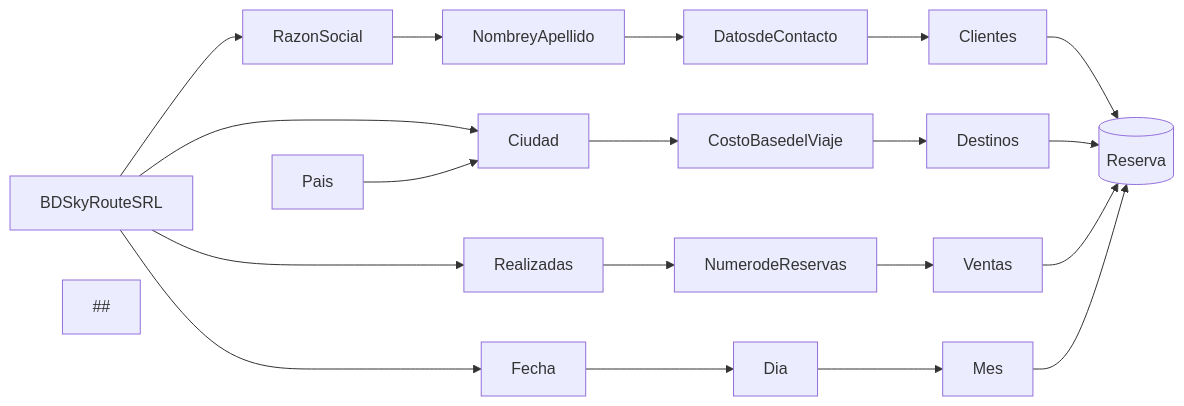
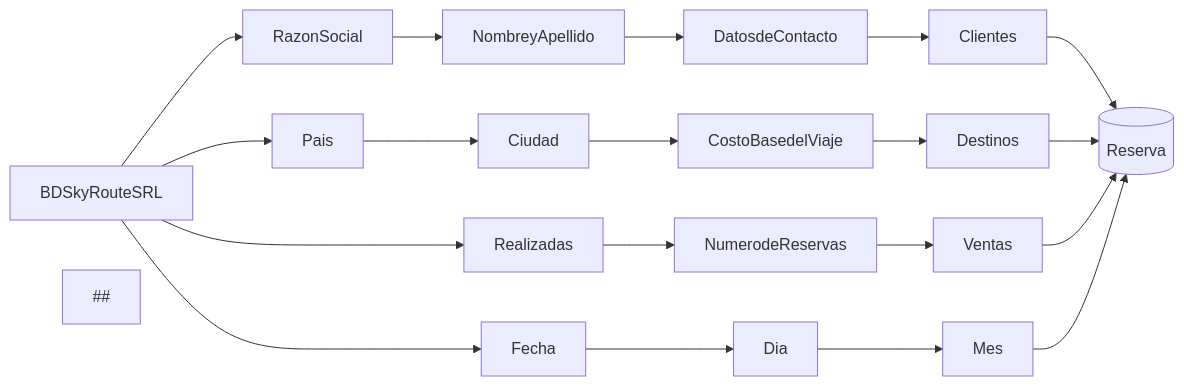
Before and after one commit to Juan-jcm-7/BD: the diagram in README.MD, drawn with Mermaid.

````diff
--- a/README.MD
+++ b/README.MD
@@ -1,24 +1,24 @@
 ```mermaid
 graph LR;
   ordersDB[(Reserva)]
   BDSkyRouteSRL-->RazonSocial;
 RazonSocial-->NombreyApellido
   NombreyApellido-->DatosdeContacto;
   DatosdeContacto-->Clientes;
   Clientes-->ordersDB;
 ##
-  BDSkyRouteSRL-->Ciudad
+  BDSkyRouteSRL-->Pais
   Pais-->Ciudad;
   Ciudad-->CostoBasedelViaje;
   CostoBasedelViaje-->Destinos;
   Destinos-->ordersDB;
 ##
   BDSkyRouteSRL-->Realizadas
   Realizadas-->NumerodeReservas
   NumerodeReservas-->Ventas;
   Ventas-->ordersDB;
   BDSkyRouteSRL-->Fecha;
   Fecha-->Dia;
   Dia-->Mes;
   Mes-->ordersDB;
 ```
````
